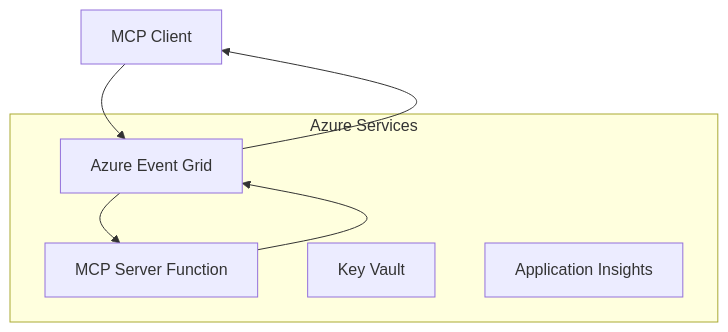
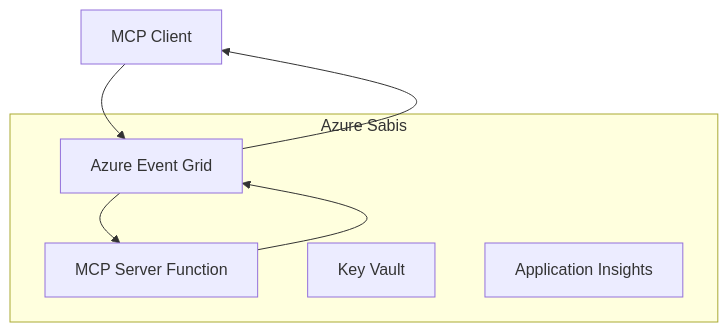
The first of 2 diagrams in translations/pcm/05-AdvancedTopics/mcp-transport/README.md (microsoft/mcp-for-beginners), drawn with Mermaid before and after one commit. The commit also changed other lines of this file and 99 other files, not shown here.

````diff
--- a/translations/pcm/05-AdvancedTopics/mcp-transport/README.md
+++ b/translations/pcm/05-AdvancedTopics/mcp-transport/README.md
@@ -67,14 +67,14 @@
 ```mermaid
 graph TB
     Client[MCP Client] --> EG[Azure Event Grid]
     EG --> Server[MCP Server Function]
     Server --> EG
     EG --> Client
     
-    subgraph "Azure Services"
+    subgraph "Azure Sabis"
         EG
         Server
         KV[Key Vault]
         Monitor[Application Insights]
     end
 ```
````
